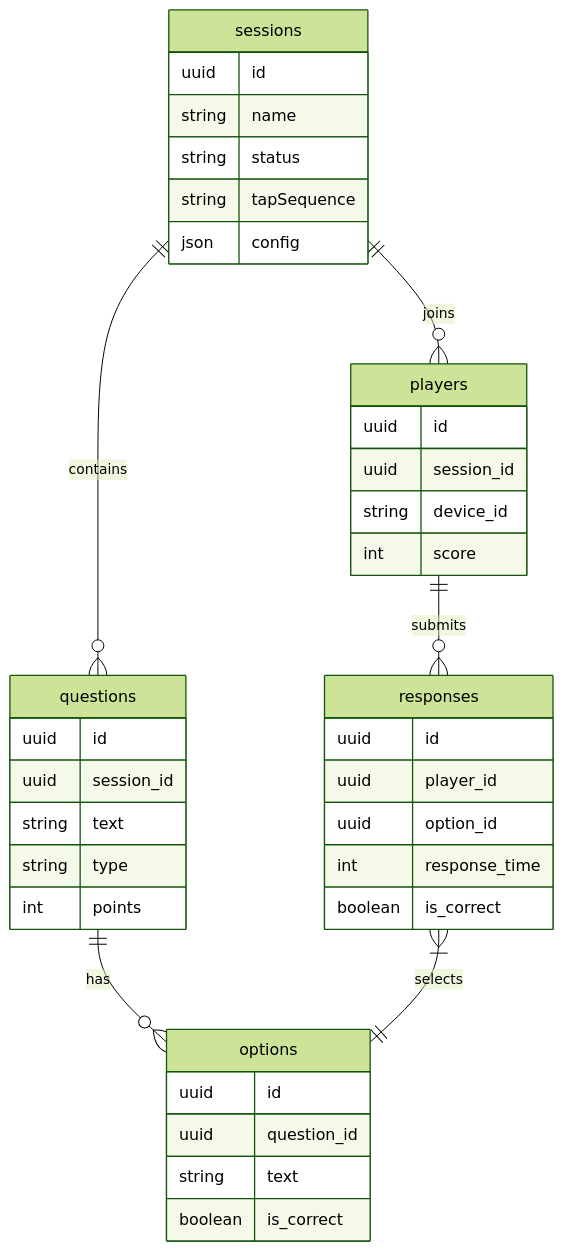
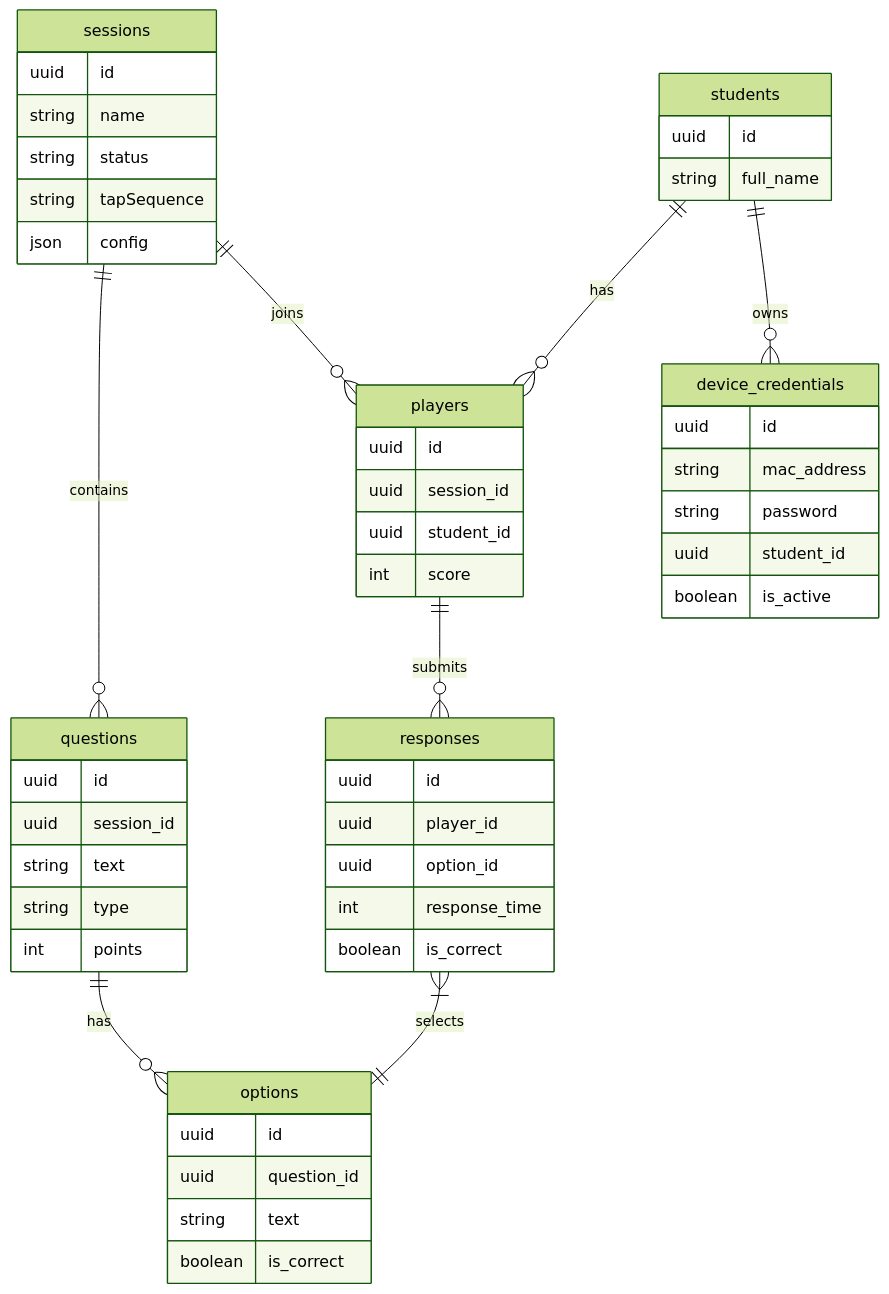
One commit to jiaweing/IoT-Quiz changed the fourth of 4 diagrams in README.md. Above: the diagram before and after it, drawn with Mermaid (forest theme). The commit also changed other lines of this file and 3 other files, not shown here.

````diff
--- a/README.md
+++ b/README.md
@@ -111,46 +145,61 @@
 ```mermaid
 erDiagram
     sessions ||--o{ questions : contains
     questions ||--o{ options : has
     sessions ||--o{ players : joins
     players ||--o{ responses : submits
     responses }|--|| options : selects
+    students ||--o{ players : has
+    students ||--o{ device_credentials : owns
 
     sessions {
         uuid id
         string name
         string status
         string tapSequence
         json config
     }
 
     questions {
         uuid id
         uuid session_id
         string text
         string type
         int points
     }
 
     options {
         uuid id
         uuid question_id
         string text
         boolean is_correct
     }
 
     players {
         uuid id
         uuid session_id
-        string device_id
+        uuid student_id
         int score
     }
 
     responses {
         uuid id
         uuid player_id
         uuid option_id
         int response_time
         boolean is_correct
     }
+
+    device_credentials {
+        uuid id
+        string mac_address
+        string password
+        uuid student_id
+        boolean is_active
+    }
+
+    students {
+        uuid id
+        string full_name
+    }
 ```
````
